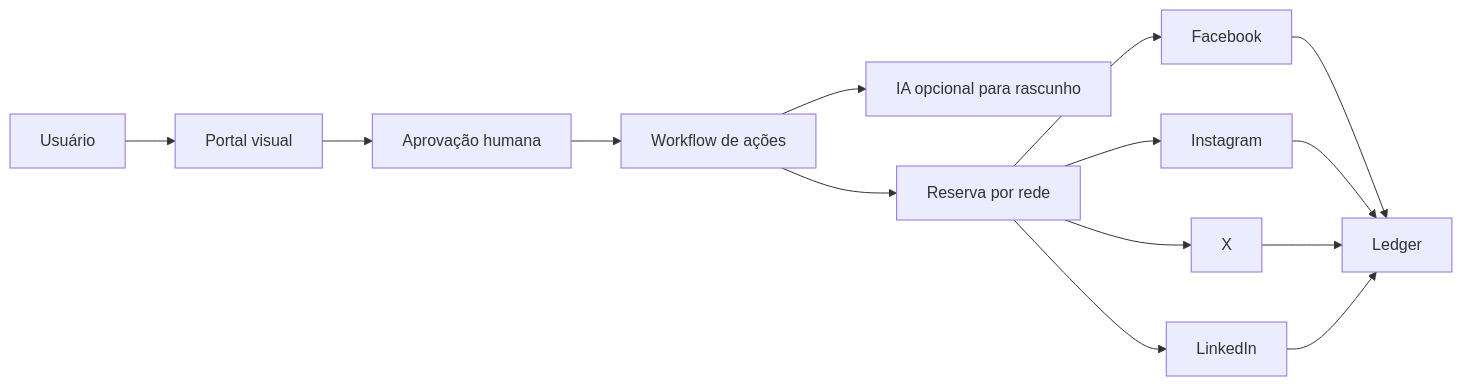
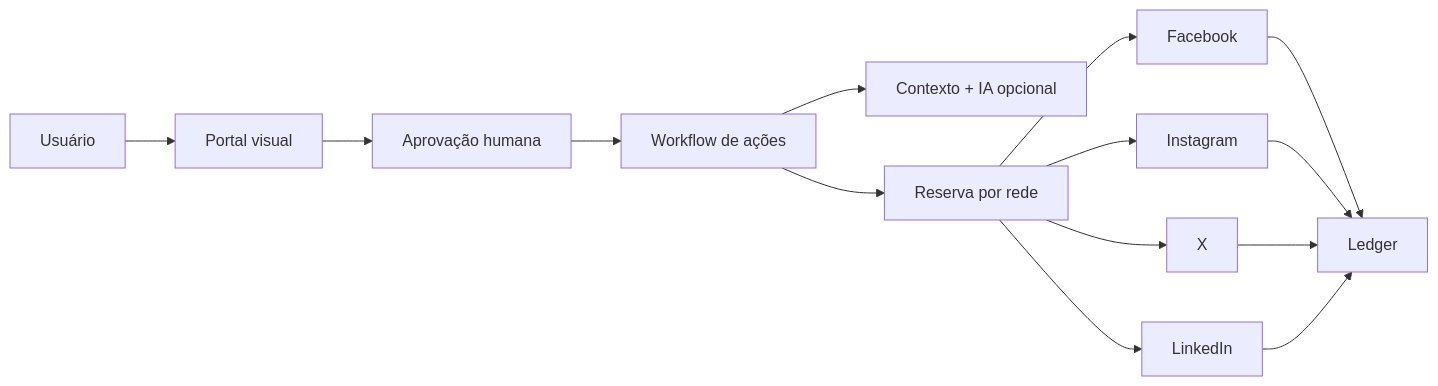
Before and after one commit to Mayconxzdev/PostagemRedes: the diagram in README.md, drawn with Mermaid. The commit also changed other lines of this file, not shown here.

````diff
--- a/README.md
+++ b/README.md
@@ -73,16 +75,16 @@
 ```mermaid
 flowchart LR
     U[Usuário] --> P[Portal visual]
     P --> H[Aprovação humana]
     H --> A[Workflow de ações]
-    A --> AI[IA opcional para rascunho]
+    A --> AI[Contexto + IA opcional]
     A --> R[Reserva por rede]
     R --> FB[Facebook]
     R --> IG[Instagram]
     R --> X[X]
     R --> LI[LinkedIn]
     FB --> L[Ledger]
     IG --> L
     X --> L
     LI --> L
 ```
````
